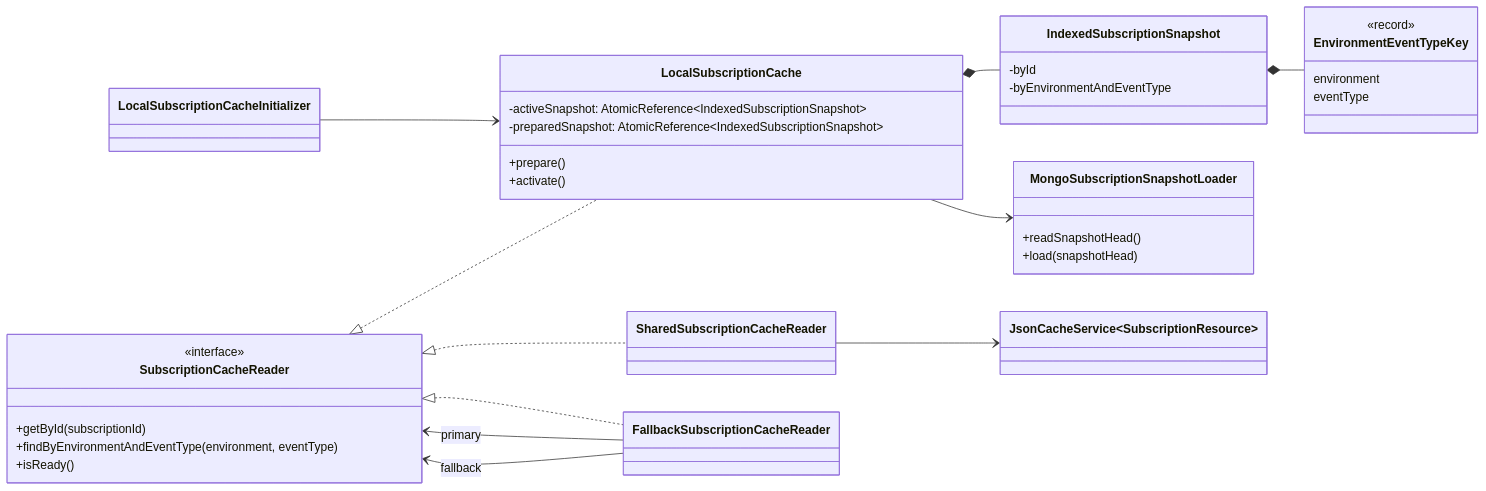
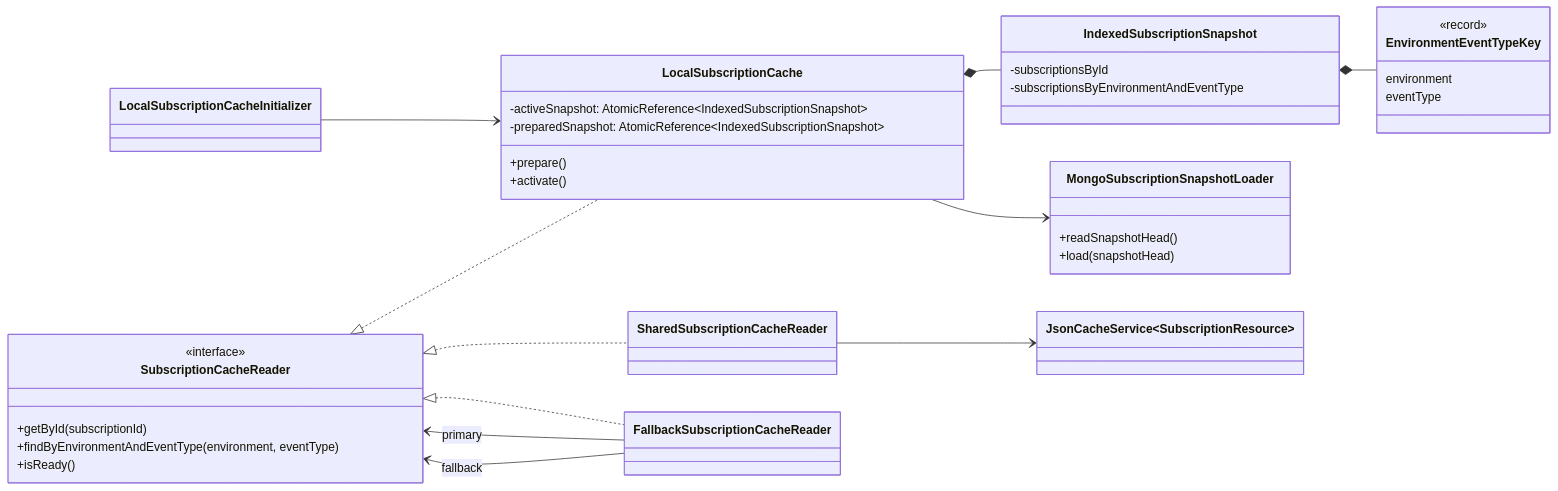
The first of 2 diagrams in docs/local-subscription-cache.md (telekom/pubsub-horizon-spring-parent), drawn with Mermaid before and after one commit. The commit also changed other lines of this file and 12 other files, not shown here.

````diff
--- a/docs/local-subscription-cache.md
+++ b/docs/local-subscription-cache.md
@@ -25,45 +27,45 @@
 ```mermaid
 classDiagram
     direction LR
 
     class SubscriptionCacheReader {
         <<interface>>
         +getById(subscriptionId)
         +findByEnvironmentAndEventType(environment, eventType)
         +isReady()
     }
     class LocalSubscriptionCache {
         -activeSnapshot: AtomicReference~IndexedSubscriptionSnapshot~
         -preparedSnapshot: AtomicReference~IndexedSubscriptionSnapshot~
         +prepare()
         +activate()
     }
     class SharedSubscriptionCacheReader
     class FallbackSubscriptionCacheReader
     class IndexedSubscriptionSnapshot {
-        -byId
-        -byEnvironmentAndEventType
+        -subscriptionsById
+        -subscriptionsByEnvironmentAndEventType
     }
     class EnvironmentEventTypeKey {
         <<record>>
         environment
         eventType
     }
     class MongoSubscriptionSnapshotLoader {
         +readSnapshotHead()
         +load(snapshotHead)
     }
     class JsonCacheService~SubscriptionResource~
     class LocalSubscriptionCacheInitializer
 
     SubscriptionCacheReader <|.. LocalSubscriptionCache
     SubscriptionCacheReader <|.. SharedSubscriptionCacheReader
     SubscriptionCacheReader <|.. FallbackSubscriptionCacheReader
     LocalSubscriptionCache *-- IndexedSubscriptionSnapshot
     IndexedSubscriptionSnapshot *-- EnvironmentEventTypeKey
     LocalSubscriptionCache --> MongoSubscriptionSnapshotLoader
     SharedSubscriptionCacheReader --> JsonCacheService~SubscriptionResource~
     FallbackSubscriptionCacheReader --> SubscriptionCacheReader : primary
     FallbackSubscriptionCacheReader --> SubscriptionCacheReader : fallback
     LocalSubscriptionCacheInitializer --> LocalSubscriptionCache
 ```
````
